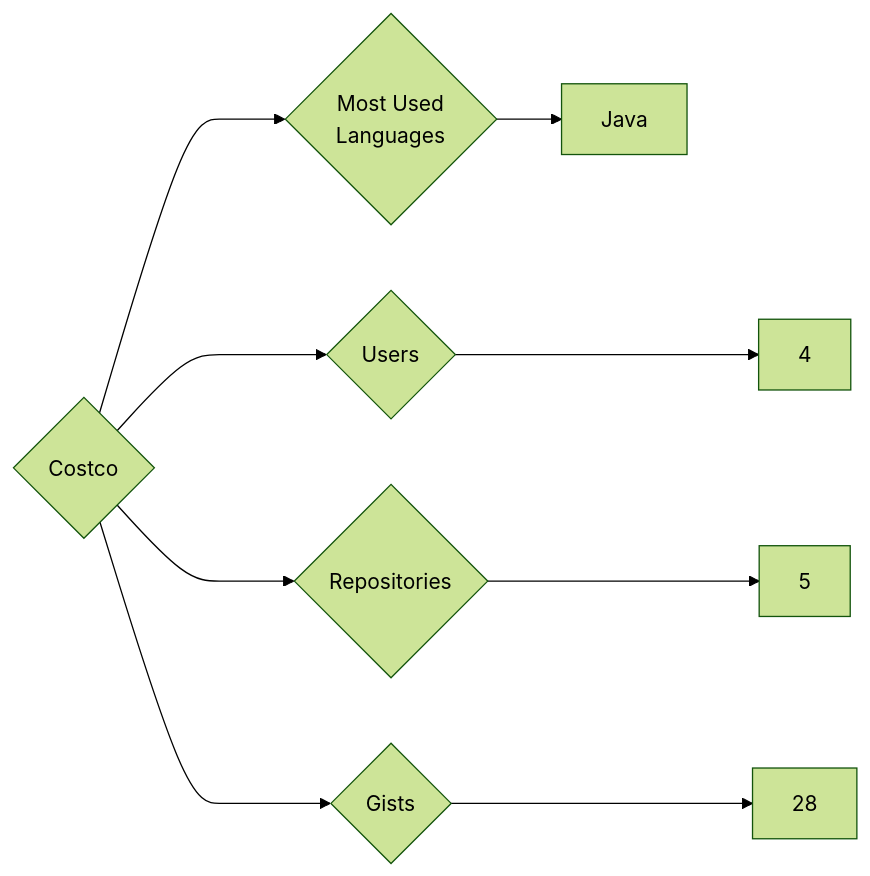
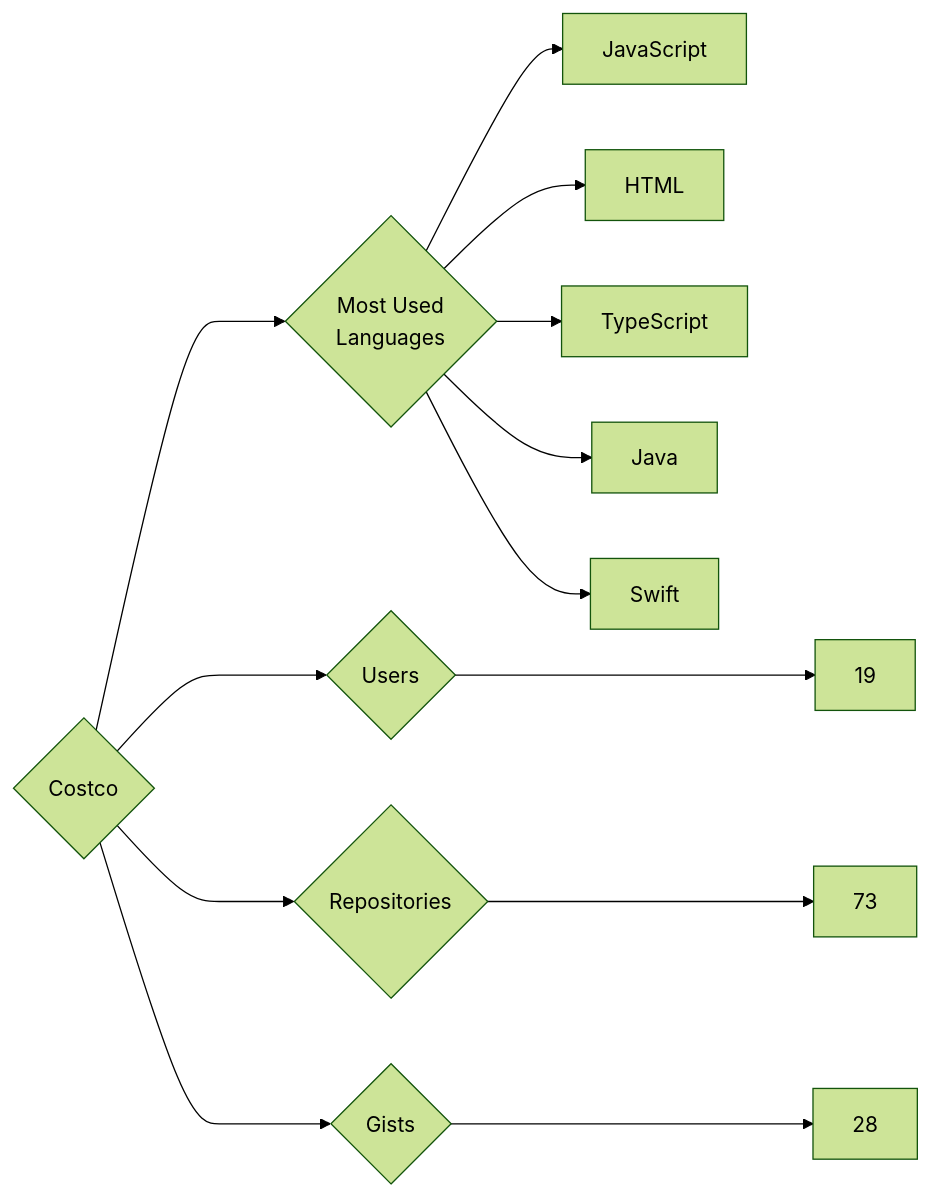
The diagram in targets/Costco/README.md (trickest/insiders), drawn with Mermaid (forest theme) before and after one commit. The commit also changed 814 other files, not shown here.

````diff
--- a/targets/Costco/README.md
+++ b/targets/Costco/README.md
@@ -3,9 +3,13 @@
 ```mermaid
 graph LR
 COMPANY_NAME{Costco}
-COMPANY_NAME ---> U{Users} ---> UN[4]
-COMPANY_NAME ---> R{Repositories} ---> RN[5]
+COMPANY_NAME ---> U{Users} ---> UN[19]
+COMPANY_NAME ---> R{Repositories} ---> RN[73]
 COMPANY_NAME ---> G{Gists} ---> GN[28]
 COMPANY_NAME ---> ML{Most Used<br>Languages}
+ML --> JavaScript[JavaScript]
+ML --> HTML[HTML]
+ML --> TypeScript[TypeScript]
 ML --> Java[Java]
+ML --> Swift[Swift]
 ```
````
